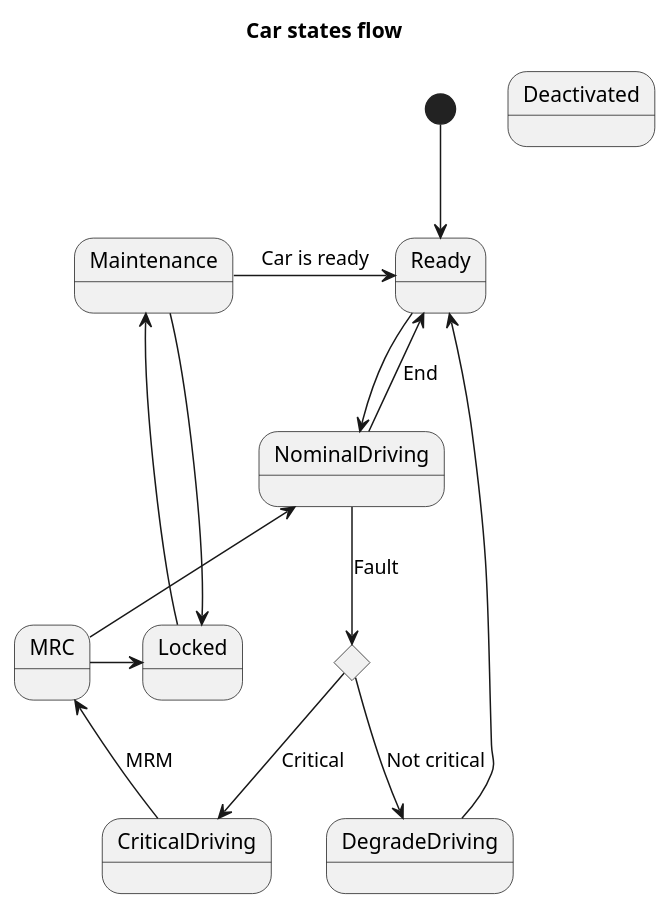
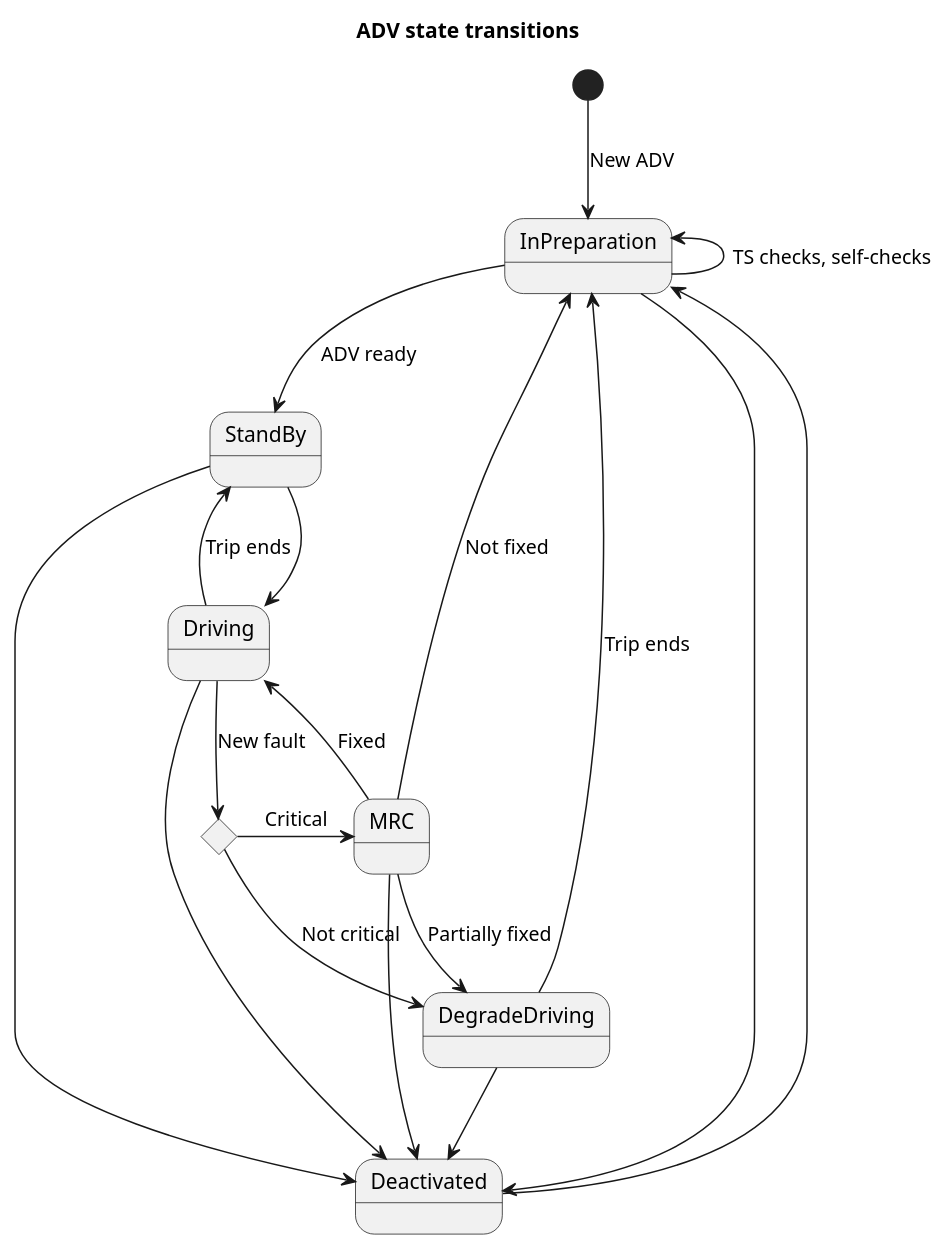
One commit to bruno-motorai/uml changed the diagram in vehicles/state_change.pu. Above: the diagram before and after it, drawn with PlantUML. The commit also changed 2 other files, not shown here.

Commit message:
Clean states diagram; Add car states to ERS diagram

```diff
--- a/vehicles/state_change.pu
+++ b/vehicles/state_change.pu
@@ -1,43 +1,48 @@
 @startuml
-title Car states flow
+title ADV state transitions
 skinparam ConditionEndStyle hline
-[*] -d-> Ready
 
+' States
+state IsCriticalFault <<choice>> 
 
-state IsCriticalFault <<choice>>
+state InPreparation
 
-' Car is not operative and has to be tested. Reached by a previous problem (locked), car performs self checks and receives maintenance. The idea is to move to Ready state
-state "Maintenance" as Test
 ' Car has no problems and is ready to be used
-state Ready
+state "StandBy" as Ready
+
 ' Car is on an active trip, driving with normal conditions
-state NominalDriving
+state "Driving" as Driving
+
 ' Car is on an active trip with problems that doesn't prevent DDT
 state DegradeDriving
-
-' Car is standing still. After MRC or self checks, the car could change to Locked if something went wrong. Car cannot be used.
-state Locked
-
-' Car not usable anymore, performs MRM to go to MRC
-state CriticalDriving
 
 ' Car standing still, very attentive to external factors, waiting to resume trip once a TS approval
 state MRC
 
 ' Car cannot be utilized because is disabled by a user
 state Deactivated
 
-Ready --> NominalDriving
-Test -> Ready : Car is ready
-NominalDriving --> Ready : End
-NominalDriving --> IsCriticalFault : Fault
-IsCriticalFault --> CriticalDriving : Critical
-CriticalDriving -u-> MRC : MRM
-IsCriticalFault --> DegradeDriving : Not critical
-DegradeDriving --> Ready
-MRC -up-> NominalDriving
-MRC -r-> Locked
-Locked -u-> Test
-Test -d-> Locked
+' Transitions
+[*] -d-> InPreparation : New ADV 
+InPreparation --> Ready : ADV ready
+InPreparation -l-> InPreparation: TS checks, self-checks
+Ready --> Driving
+Driving -> Ready : Trip ends
+Driving --> IsCriticalFault : New fault
+IsCriticalFault -> MRC : Critical
+IsCriticalFault -> DegradeDriving : Not critical
+DegradeDriving --> InPreparation : Trip ends
+MRC --> Driving : Fixed
+MRC --> DegradeDriving : Partially fixed
+MRC -> InPreparation : Not fixed
+
+' Deactivation
+InPreparation --> Deactivated
+Ready --> Deactivated
+MRC --> Deactivated
+DegradeDriving --> Deactivated
+Driving --> Deactivated
+Deactivated --> InPreparation
+
 
 @enduml
```
